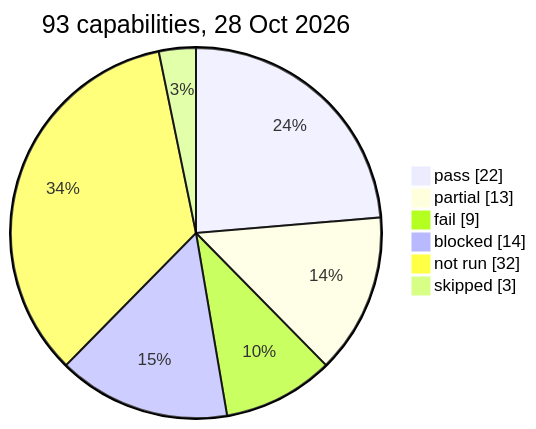
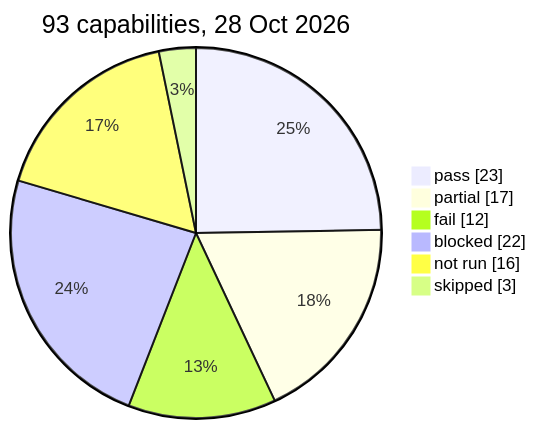
The diagram in docs/reports/autonomous-it-everis2/capabilities/50-test-plan.md (caabayfe/agenticsn), drawn with Mermaid before and after one commit. The commit also changed other lines of this file and 11 other files, not shown here.

````diff
--- a/docs/reports/autonomous-it-everis2/capabilities/50-test-plan.md
+++ b/docs/reports/autonomous-it-everis2/capabilities/50-test-plan.md
@@ -40,9 +41,9 @@
 ```mermaid
 pie showData title 93 capabilities, 28 Oct 2026
-  "pass" : 22
-  "partial" : 13
-  "fail" : 9
-  "blocked" : 14
-  "not run" : 32
+  "pass" : 23
+  "partial" : 17
+  "fail" : 12
+  "blocked" : 22
+  "not run" : 16
   "skipped" : 3
 ```
````
